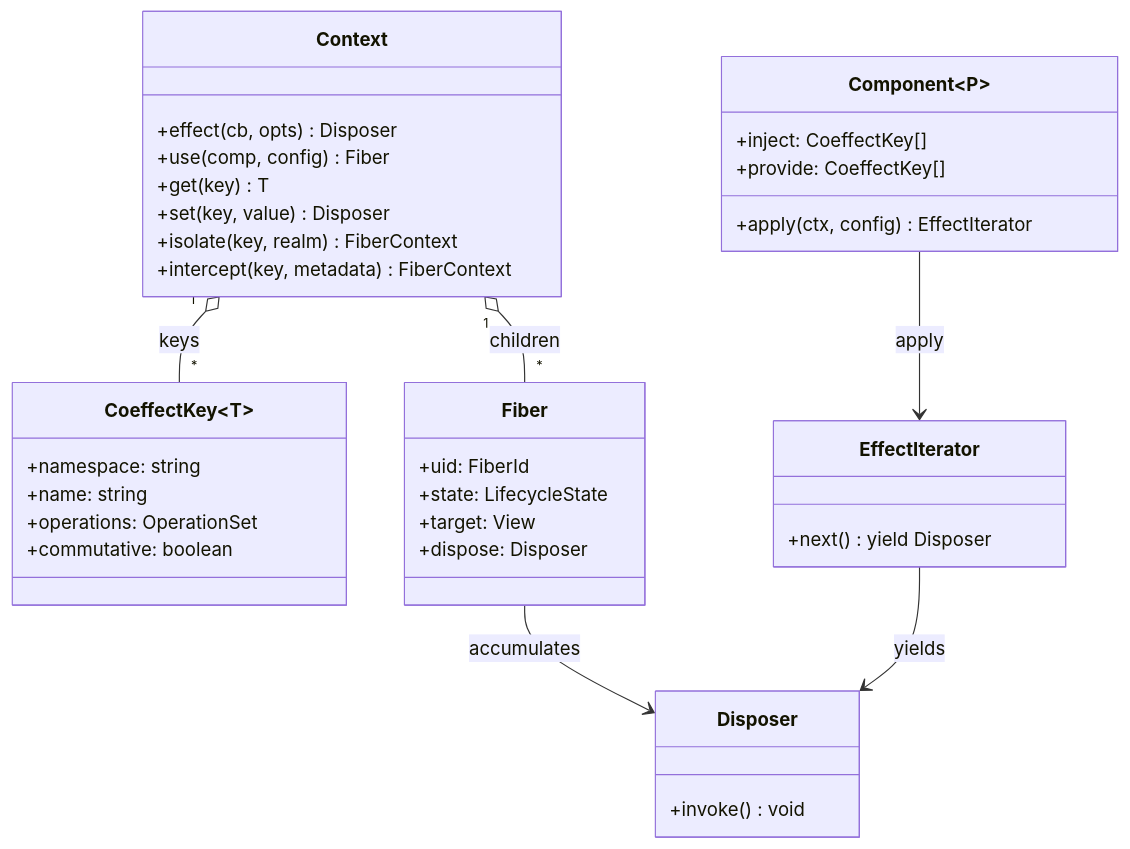
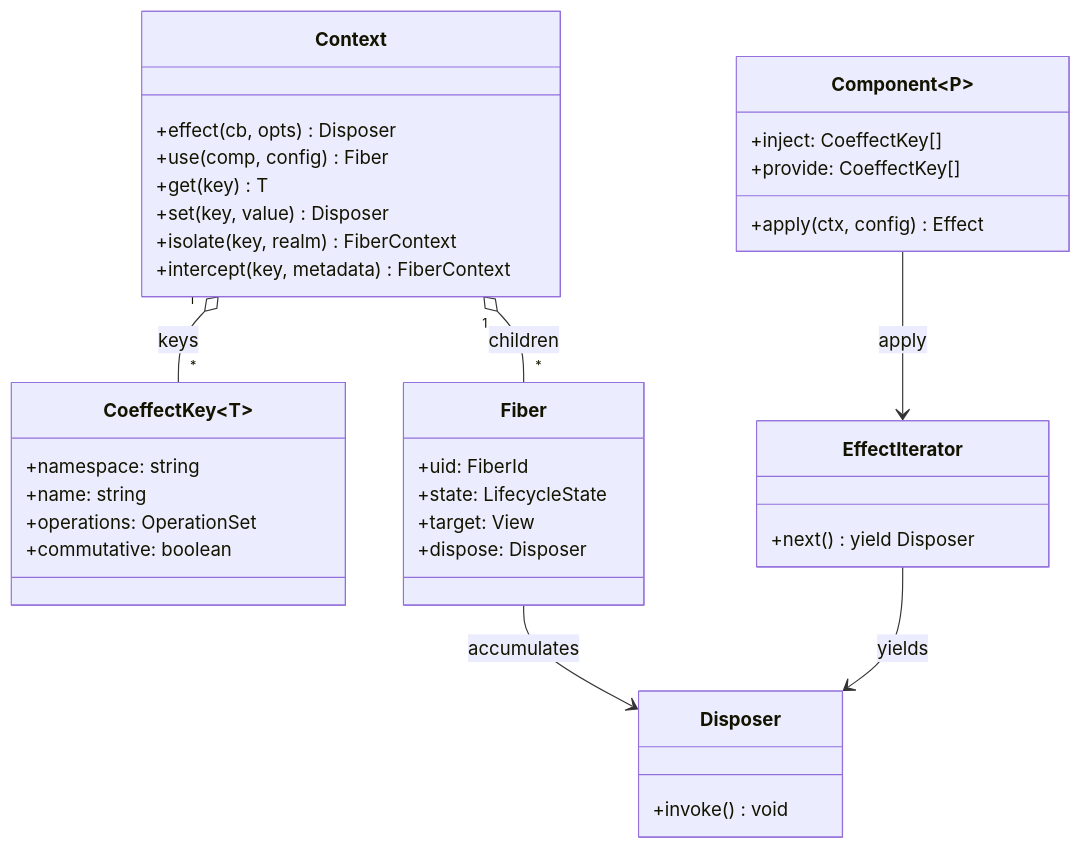
Before and after one commit to jesspig/zeta-agent: the diagram in docs/desgin/framework/README.md, drawn with Mermaid. The commit also changed other lines of this file and 22 other files, not shown here.

````diff
--- a/docs/desgin/framework/README.md
+++ b/docs/desgin/framework/README.md
@@ -18,39 +18,39 @@
 ```mermaid
 classDiagram
     class Context {
       +effect(cb, opts) Disposer
       +use(comp, config) Fiber
       +get(key) T
       +set(key, value) Disposer
       +isolate(key, realm) FiberContext
       +intercept(key, metadata) FiberContext
     }
     class CoeffectKey~T~ {
       +namespace: string
       +name: string
       +operations: OperationSet
       +commutative: boolean
     }
     class Component~P~ {
       +inject: CoeffectKey[]
       +provide: CoeffectKey[]
-      +apply(ctx, config) EffectIterator
+      +apply(ctx, config) Effect
     }
     class Fiber {
       +uid: FiberId
       +state: LifecycleState
       +target: View
       +dispose: Disposer
     }
     class Disposer {
       +invoke() void
     }
     class EffectIterator {
       +next() yield Disposer
     }
     Context "1" o-- "*" CoeffectKey : keys
     Context "1" o-- "*" Fiber : children
     Component --> EffectIterator : apply
     EffectIterator --> Disposer : yields
     Fiber --> Disposer : accumulates
 ```
````
